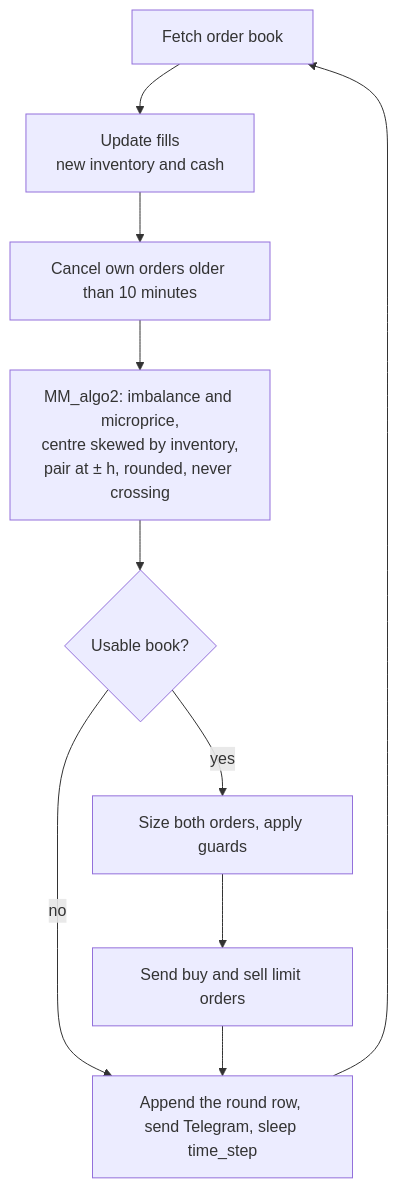
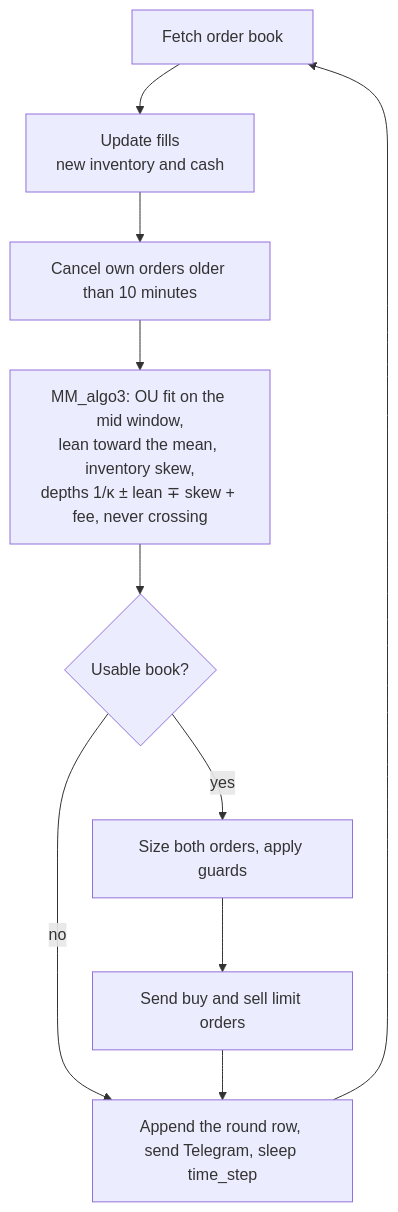
Before and after one commit to Alireza77n/Limit-Order-Book: the second of 2 diagrams in PROJECT_GUIDE.md, drawn with Mermaid. The commit also changed other lines of this file and 53 other files, not shown here.

````diff
--- a/PROJECT_GUIDE.md
+++ b/PROJECT_GUIDE.md
@@ -272,12 +276,12 @@
 ```mermaid
 flowchart TD
     A[Fetch order book] --> B[Update fills<br/>new inventory and cash]
     B --> C[Cancel own orders older than 10 minutes]
-    C --> D[MM_algo2: imbalance and microprice,<br/>centre skewed by inventory,<br/>pair at ± h, rounded, never crossing]
+    C --> D[MM_algo3: OU fit on the mid window,<br/>lean toward the mean, inventory skew,<br/>depths 1/κ ± lean ∓ skew + fee, never crossing]
     D --> E{Usable book?}
     E -- no --> H
     E -- yes --> F[Size both orders, apply guards]
     F --> G[Send buy and sell limit orders]
     G --> H[Append the round row, send Telegram, sleep time_step]
     H --> A
 ```
````
